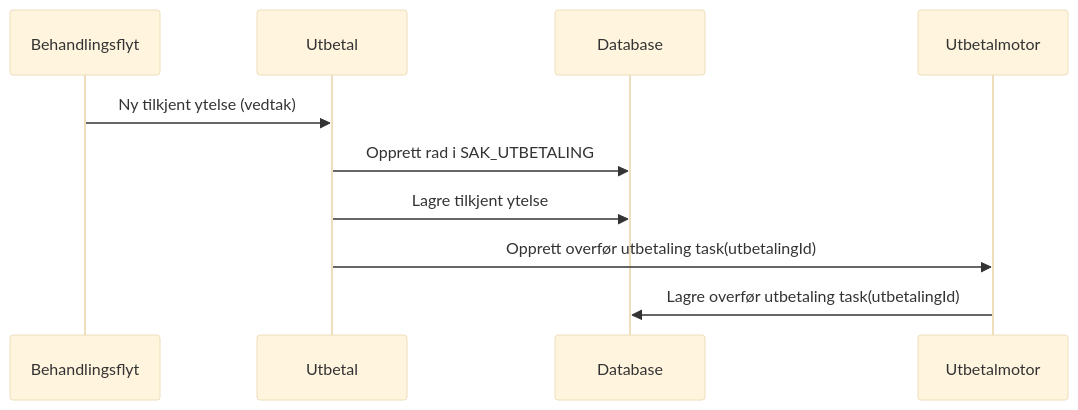
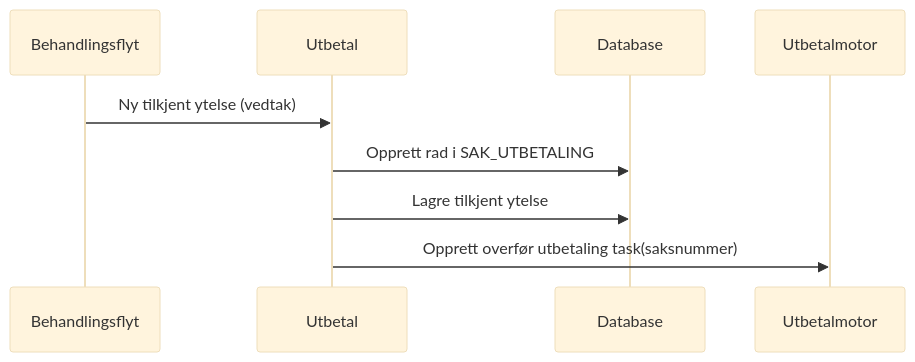
Before and after one commit to navikt/aap-utbetal: the second of 7 diagrams in README.md, drawn with Mermaid (base theme). The commit also changed other lines of this file, not shown here.

````diff
--- a/README.md
+++ b/README.md
@@ -29,8 +29,8 @@
 ```mermaid
 sequenceDiagram
 Behandlingsflyt->>Utbetal: Ny tilkjent ytelse (vedtak)
 Utbetal->>Database: Opprett rad i SAK_UTBETALING
 Utbetal->>Database: Lagre tilkjent ytelse
-Utbetal->>Utbetalmotor: Opprett overfør utbetaling task(utbetalingId)
-Utbetalmotor->>Database: Lagre overfør utbetaling task(utbetalingId)
+Utbetal->>Utbetalmotor: Opprett overfør utbetaling task(saksnummer)
+
 ```
````
